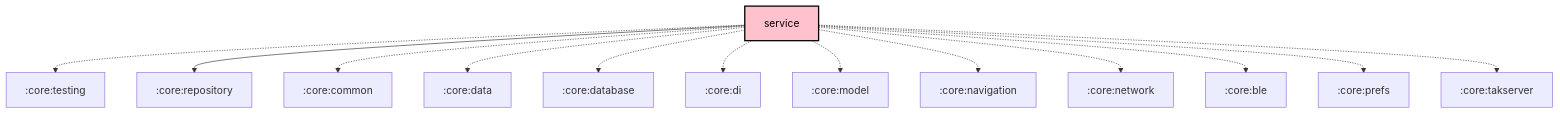
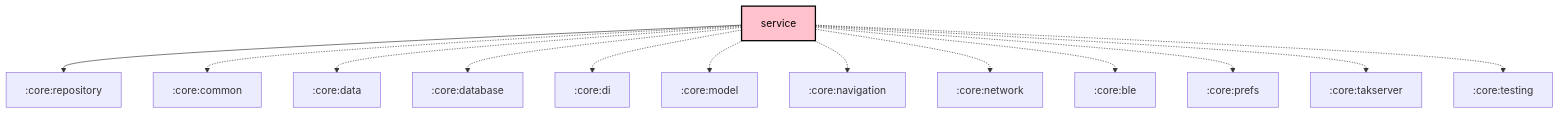
One commit to meshtastic/Meshtastic-Android changed the diagram in core/service/README.md. Above: the diagram before and after it, drawn with Mermaid. The commit also changed other lines of this file and 2 other files, not shown here.

Commit message:
chore: Scheduled updates (Graphs, Baseline Profile) (#6212)

````diff
--- a/core/service/README.md
+++ b/core/service/README.md
@@ -27,30 +27,30 @@
 ```mermaid
 graph TB
   :core:service[service]:::kmp-library
-  :core:service -.-> :core:testing
   :core:service --> :core:repository
   :core:service -.-> :core:common
   :core:service -.-> :core:data
   :core:service -.-> :core:database
   :core:service -.-> :core:di
   :core:service -.-> :core:model
   :core:service -.-> :core:navigation
   :core:service -.-> :core:network
   :core:service -.-> :core:ble
   :core:service -.-> :core:prefs
   :core:service -.-> :core:takserver
+  :core:service -.-> :core:testing
 
 classDef android-application fill:#CAFFBF,stroke:#000,stroke-width:2px,color:#000;
 classDef android-application-compose fill:#CAFFBF,stroke:#000,stroke-width:2px,color:#000;
 classDef compose-desktop-application fill:#CAFFBF,stroke:#000,stroke-width:2px,color:#000;
 classDef android-feature fill:#FFD6A5,stroke:#000,stroke-width:2px,color:#000;
 classDef android-library fill:#9BF6FF,stroke:#000,stroke-width:2px,color:#000;
 classDef android-library-compose fill:#9BF6FF,stroke:#000,stroke-width:2px,color:#000;
 classDef android-test fill:#A0C4FF,stroke:#000,stroke-width:2px,color:#000;
 classDef jvm-library fill:#BDB2FF,stroke:#000,stroke-width:2px,color:#000;
 classDef kmp-feature fill:#FFD6A5,stroke:#000,stroke-width:2px,color:#000;
 classDef kmp-library-compose fill:#FFC1CC,stroke:#000,stroke-width:2px,color:#000;
 classDef kmp-library fill:#FFC1CC,stroke:#000,stroke-width:2px,color:#000;
 classDef unknown fill:#FFADAD,stroke:#000,stroke-width:2px,color:#000;
 
 ```
````
